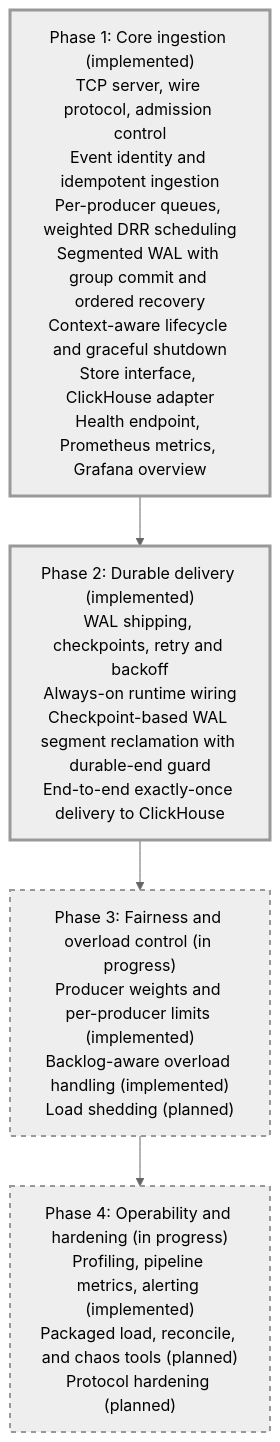
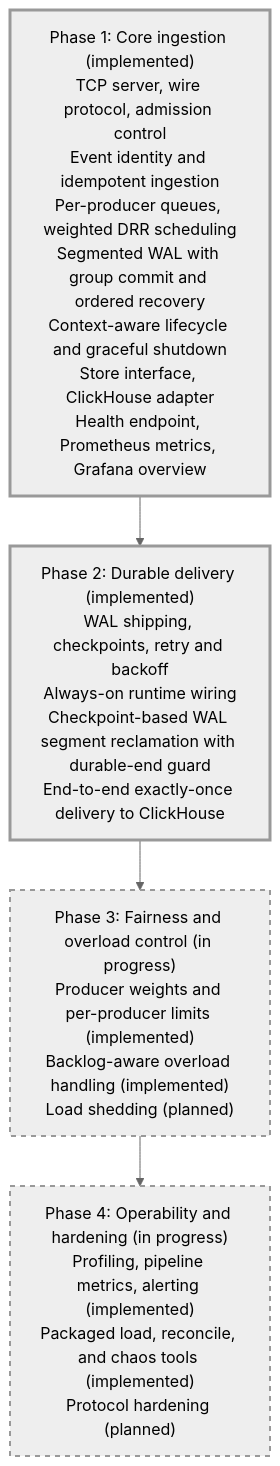
Before and after one commit to PratyushVishal11011/Fairgate: the diagram in docs/roadmap.md, drawn with Mermaid (neutral theme). The commit also changed other lines of this file and 6 other files, not shown here.

Commit message:
Packaged load generator, reconciliation, chaos tooling

````diff
--- a/docs/roadmap.md
+++ b/docs/roadmap.md
@@ -7,14 +7,14 @@
 ```mermaid
 flowchart TD
     P1["Phase 1: Core ingestion (implemented)<br/>TCP server, wire protocol, admission control<br/>Event identity and idempotent ingestion<br/>Per-producer queues, weighted DRR scheduling<br/>Segmented WAL with group commit and ordered recovery<br/>Context-aware lifecycle and graceful shutdown<br/>Store interface, ClickHouse adapter<br/>Health endpoint, Prometheus metrics, Grafana overview"]
     P2["Phase 2: Durable delivery (implemented)<br/>WAL shipping, checkpoints, retry and backoff<br/>Always-on runtime wiring<br/>Checkpoint-based WAL segment reclamation with durable-end guard<br/>End-to-end exactly-once delivery to ClickHouse"]
     P3["Phase 3: Fairness and overload control (in progress)<br/>Producer weights and per-producer limits (implemented)<br/>Backlog-aware overload handling (implemented)<br/>Load shedding (planned)"]
-    P4["Phase 4: Operability and hardening (in progress)<br/>Profiling, pipeline metrics, alerting (implemented)<br/>Packaged load, reconcile, and chaos tools (planned)<br/>Protocol hardening (planned)"]
+    P4["Phase 4: Operability and hardening (in progress)<br/>Profiling, pipeline metrics, alerting (implemented)<br/>Packaged load, reconcile, and chaos tools (implemented)<br/>Protocol hardening (planned)"]
 
     P1 --> P2 --> P3 --> P4
 
     classDef done stroke-width:3px;
     classDef planned stroke-dasharray: 5 5,stroke-width:2px;
     class P1,P2 done;
     class P3,P4 planned;
 ```
````
